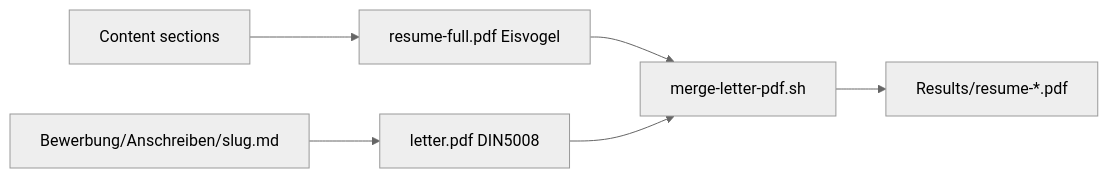
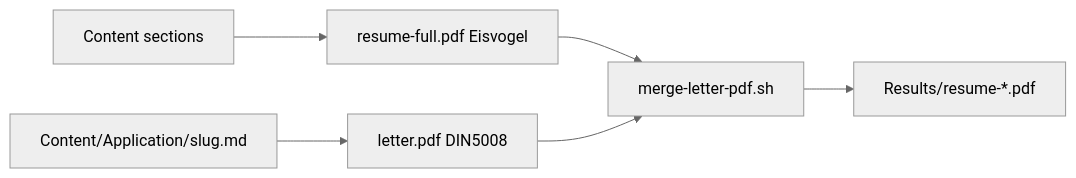
The diagram in .cursor/skills/local-bewerbung/reference.md (vergissberlin/resume), drawn with Mermaid (neutral theme) before and after one commit. The commit also changed other lines of this file and 9 other files, not shown here.

First line of the commit message:
refactor: rename Bewerbung directory to Content/Application for clarity

````diff
--- a/.cursor/skills/local-bewerbung/reference.md
+++ b/.cursor/skills/local-bewerbung/reference.md
@@ -75,8 +73,8 @@
 ```mermaid
 flowchart LR
-  letterMd[Bewerbung/Anschreiben/slug.md] --> letterPdf[letter.pdf DIN5008]
+  letterMd[Content/Application/slug.md] --> letterPdf[letter.pdf DIN5008]
   combined[Content sections] --> resumePdf[resume-full.pdf Eisvogel]
   resumePdf --> merge[merge-letter-pdf.sh]
   letterPdf --> merge
   merge --> out[Results/resume-*.pdf]
 ```
````
